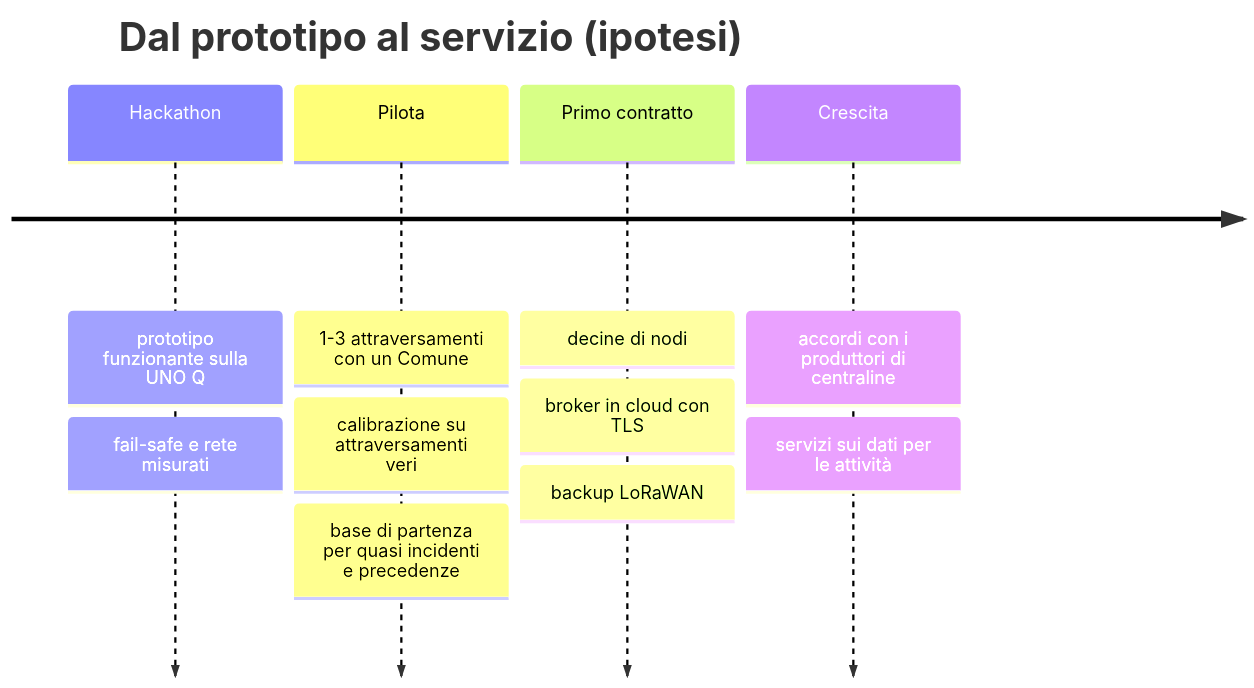
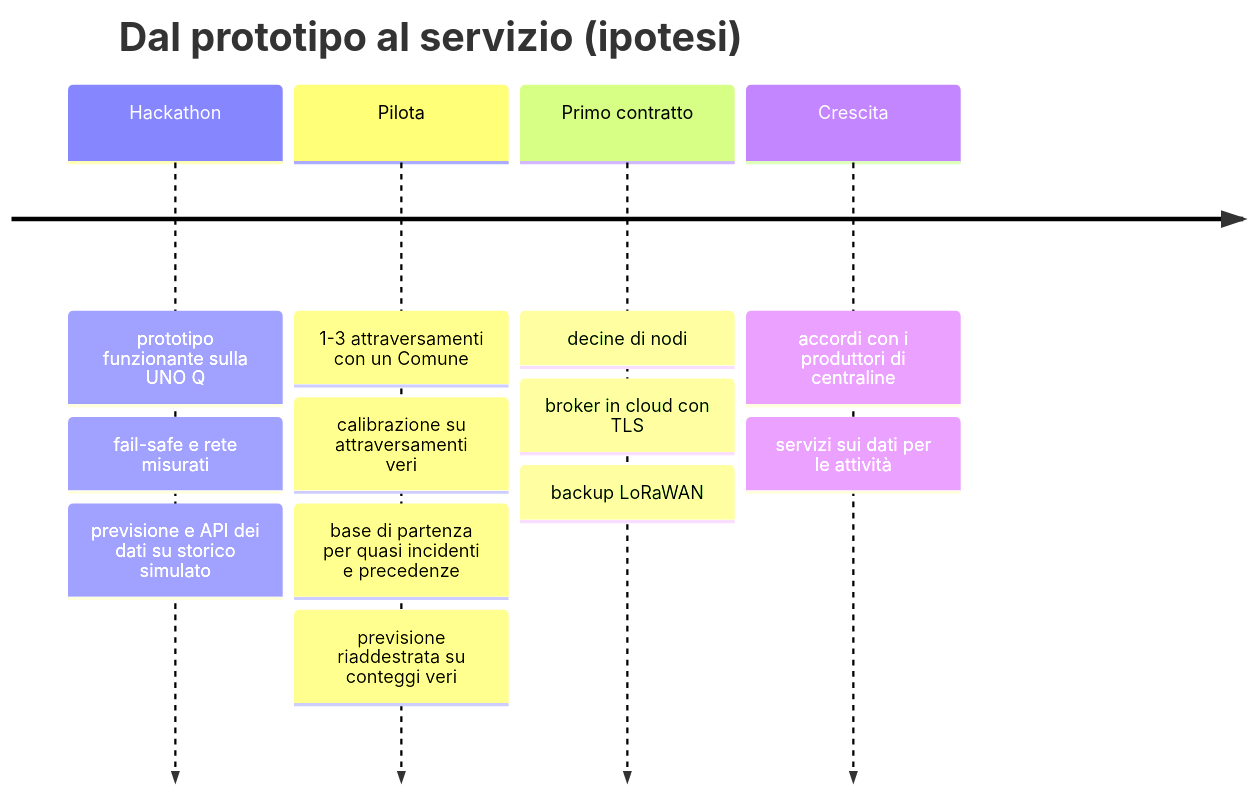
Diagram 17 of 17 in docs/MDGB_DOCUMENTAZIONE.md (Paolo410/HackTurin-mdgb), drawn with Mermaid before and after one commit. The commit also changed other lines of this file and 1 other file, not shown here.

First line of the commit message:
docs: flusso atteso e API per i clienti nella documentazione di riferimento

````diff
--- a/docs/MDGB_DOCUMENTAZIONE.md
+++ b/docs/MDGB_DOCUMENTAZIONE.md
@@ -819,8 +941,8 @@
 ```mermaid
 timeline
     title Dal prototipo al servizio (ipotesi)
-    Hackathon : prototipo funzionante sulla UNO Q : fail-safe e rete misurati
-    Pilota : 1-3 attraversamenti con un Comune : calibrazione su attraversamenti veri : base di partenza per quasi incidenti e precedenze
+    Hackathon : prototipo funzionante sulla UNO Q : fail-safe e rete misurati : previsione e API dei dati su storico simulato
+    Pilota : 1-3 attraversamenti con un Comune : calibrazione su attraversamenti veri : base di partenza per quasi incidenti e precedenze : previsione riaddestrata su conteggi veri
     Primo contratto : decine di nodi : broker in cloud con TLS : backup LoRaWAN
     Crescita : accordi con i produttori di centraline : servizi sui dati per le attività
 ```
````
